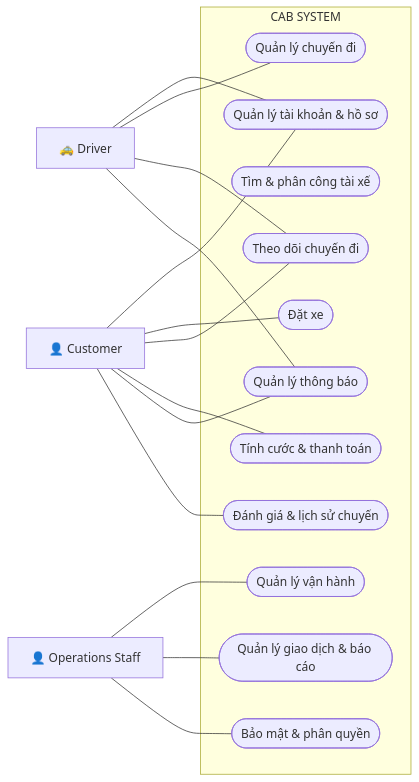
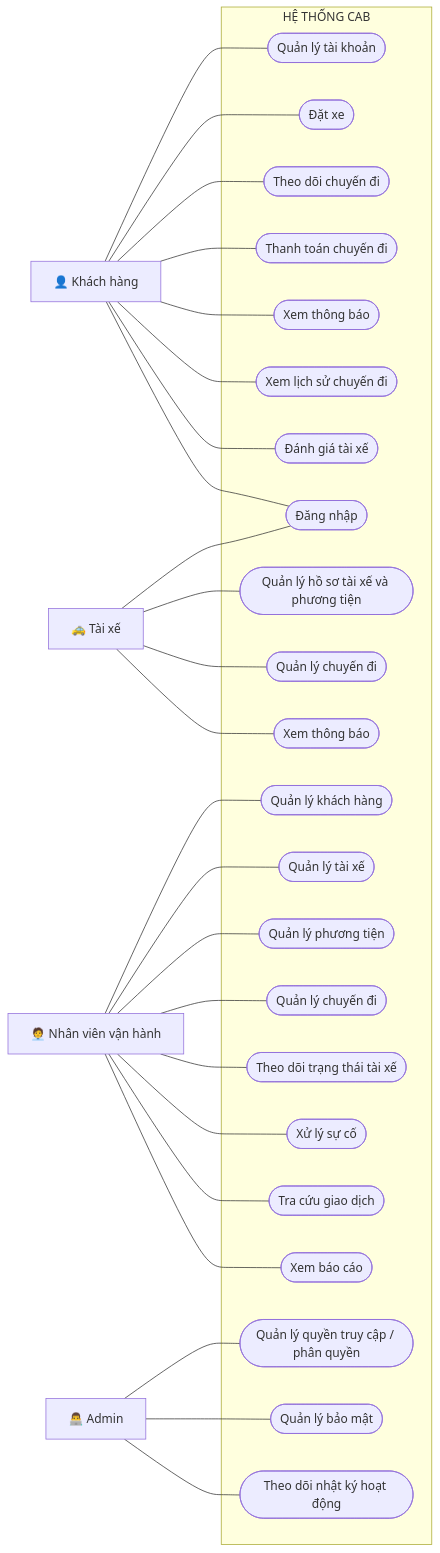
Before and after one commit to hoangyen1205/23655901_lehoangyen_cabsystem: the second of 9 diagrams in README.md, drawn with Mermaid. The commit also changed other lines of this file, not shown here.

````diff
--- a/README.md
+++ b/README.md
@@ -158,42 +160,65 @@
 ```mermaid
 flowchart LR
 
-    KH["👤 Customer"]
-    TX["🚕 Driver"]
-    NV["👤 Operations Staff"]
+    KH["👤 Khách hàng"]
+    TX["🚕 Tài xế"]
+    NV["🧑‍💼 Nhân viên vận hành"]
+    AD["👨‍💻 Admin"]
 
-    subgraph CAB["CAB SYSTEM"]
+    subgraph CAB["HỆ THỐNG CAB"]
 
-        UC01(["Quản lý tài khoản & hồ sơ"])
-        UC02(["Đặt xe"])
-        UC03(["Tìm & phân công tài xế"])
-        UC04(["Quản lý chuyến đi"])
-        UC05(["Theo dõi chuyến đi"])
-        UC06(["Tính cước & thanh toán"])
-        UC07(["Quản lý thông báo"])
-        UC08(["Đánh giá & lịch sử chuyến"])
-        UC09(["Quản lý vận hành"])
-        UC10(["Quản lý giao dịch & báo cáo"])
-        UC11(["Bảo mật & phân quyền"])
+        K1(["Quản lý tài khoản"])
+        K2(["Đặt xe"])
+        K3(["Theo dõi chuyến đi"])
+        K4(["Thanh toán chuyến đi"])
+        K5(["Xem thông báo"])
+        K6(["Xem lịch sử chuyến đi"])
+        K7(["Đánh giá tài xế"])
+
+        T1(["Đăng nhập"])
+        T2(["Quản lý hồ sơ tài xế và phương tiện"])
+        T3(["Quản lý chuyến đi"])
+        T4(["Xem thông báo"])
+
+        N1(["Quản lý khách hàng"])
+        N2(["Quản lý tài xế"])
+        N3(["Quản lý phương tiện"])
+        N4(["Quản lý chuyến đi"])
+        N5(["Theo dõi trạng thái tài xế"])
+        N6(["Xử lý sự cố"])
+        N7(["Tra cứu giao dịch"])
+        N8(["Xem báo cáo"])
+
+        A1(["Quản lý quyền truy cập / phân quyền"])
+        A2(["Quản lý bảo mật"])
+        A3(["Theo dõi nhật ký hoạt động"])
 
     end
 
-    %% Customer
-    KH --- UC01
-    KH --- UC02
-    KH --- UC05
-    KH --- UC06
-    KH --- UC07
-    KH --- UC08
+    KH --- K1
+    KH --- K2
+    KH --- K3
+    KH --- K4
+    KH --- K5
+    KH --- K6
+    KH --- K7
+    KH --- T1
 
-    %% Driver
-    TX --- UC01
-    TX --- UC04
-    TX --- UC05
-    TX --- UC07
+    TX --- T1
+    TX --- T2
+    TX --- T3
+    TX --- T4
 
-    %% Operations Staff
-    NV --- UC09
-    NV --- UC10
-    NV --- UC11
+    NV --- N1
+    NV --- N2
+    NV --- N3
+    NV --- N4
+    NV --- N5
+    NV --- N6
+    NV --- N7
+    NV --- N8
+
+    AD --- A1
+    AD --- A2
+    AD --- A3
 ```
````
